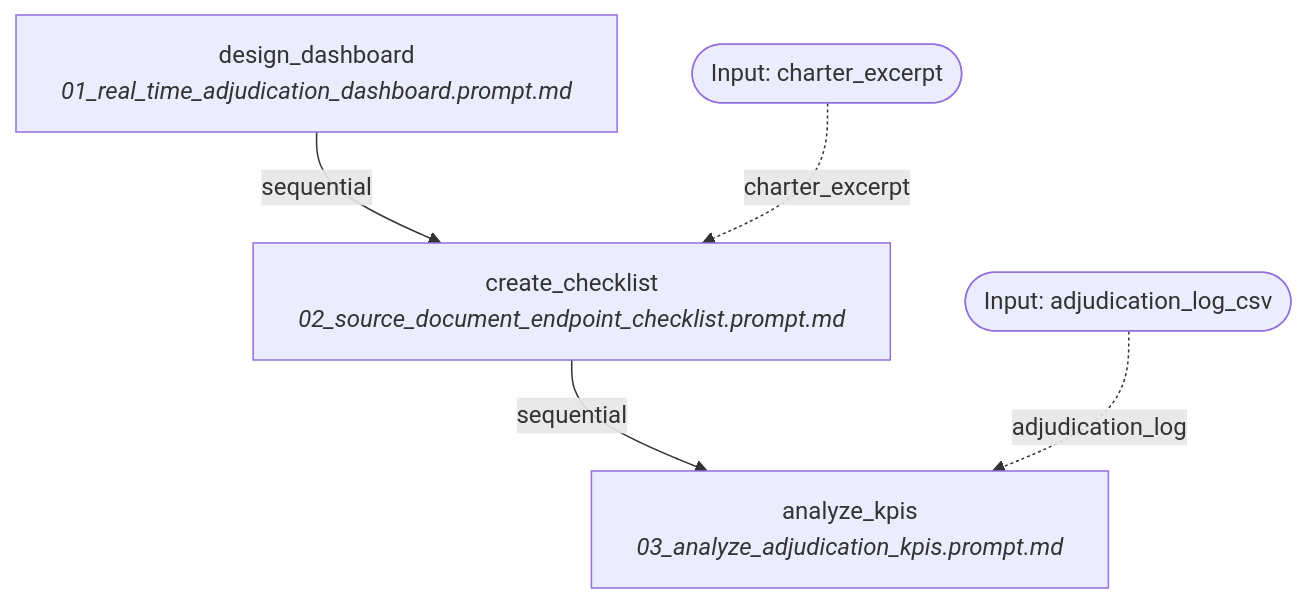
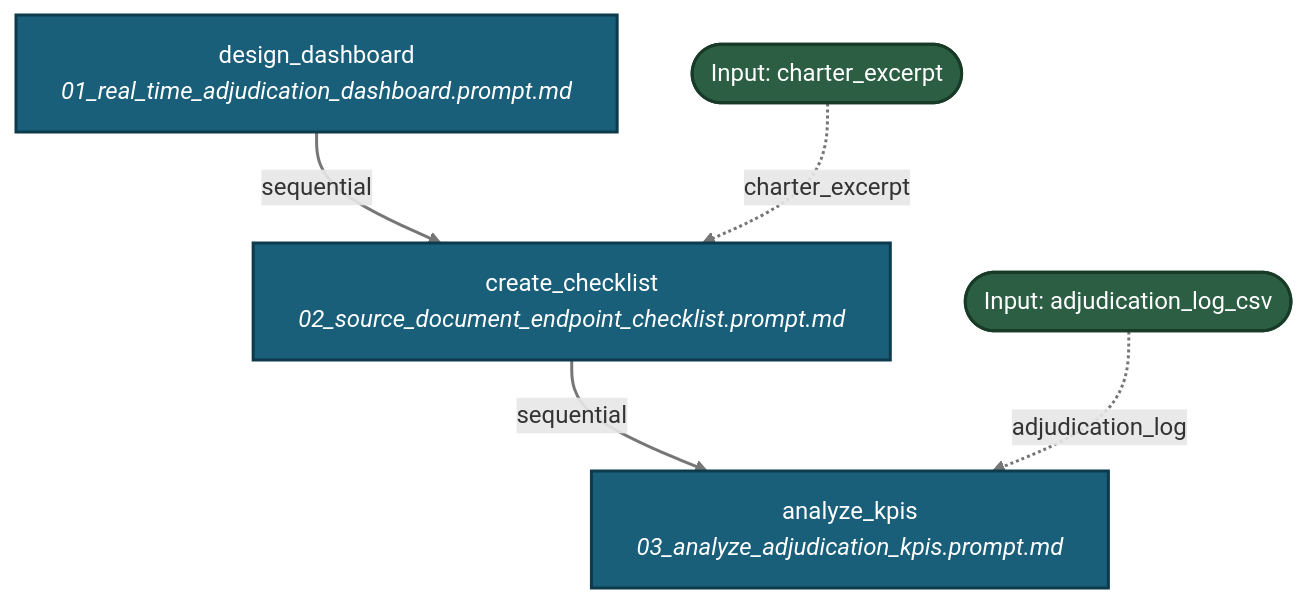
One commit to fderuiter/proompts changed the diagram in docs/workflows/adjudication.md. Above: the diagram before and after it, drawn with Mermaid. The commit also changed 267 other files, not shown here.

````diff
--- a/docs/workflows/adjudication.md
+++ b/docs/workflows/adjudication.md
@@ -11,12 +11,15 @@
 ```mermaid
 graph TD
-    INPUT_charter_excerpt([Input: charter_excerpt])
-    INPUT_adjudication_log_csv([Input: adjudication_log_csv])
-    design_dashboard[design_dashboard<br><i>01_real_time_adjudication_dashboard.prompt.md</i>]
+    classDef stepNode fill:#1a5f7a,stroke:#0d3a4d,stroke-width:2px,color:#ffffff;
+    classDef inputNode fill:#2c5e43,stroke:#183b27,stroke-width:2px,color:#ffffff;
+    INPUT_charter_excerpt([Input: charter_excerpt]):::inputNode
+    INPUT_adjudication_log_csv([Input: adjudication_log_csv]):::inputNode
+    design_dashboard[design_dashboard<br><i>01_real_time_adjudication_dashboard.prompt.md</i>]:::stepNode
     design_dashboard -->|sequential| create_checklist
-    create_checklist[create_checklist<br><i>02_source_document_endpoint_checklist.prompt.md</i>]
+    create_checklist[create_checklist<br><i>02_source_document_endpoint_checklist.prompt.md</i>]:::stepNode
     INPUT_charter_excerpt -. charter_excerpt .-> create_checklist
     create_checklist -->|sequential| analyze_kpis
-    analyze_kpis[analyze_kpis<br><i>03_analyze_adjudication_kpis.prompt.md</i>]
+    analyze_kpis[analyze_kpis<br><i>03_analyze_adjudication_kpis.prompt.md</i>]:::stepNode
     INPUT_adjudication_log_csv -. adjudication_log .-> analyze_kpis
+    linkStyle default stroke:#767676,stroke-width:2px;
 ```
````
